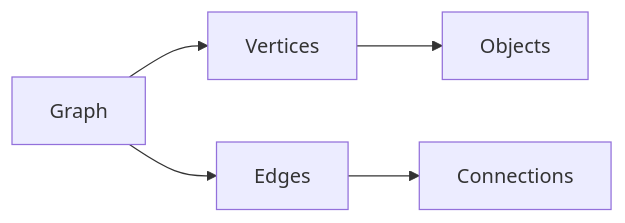
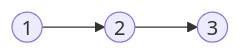
Before and after one commit to mthaiseer/springcloud-systemdesign-notes: the fourth of 9 diagrams in CP_DSA_NOTES/001_TOPIC_WISE/007_GRAPH/007_GRAPH.md, drawn with Mermaid. The commit also changed other lines of this file and 1 other file, not shown here.

````diff
--- a/CP_DSA_NOTES/001_TOPIC_WISE/007_GRAPH/007_GRAPH.md
+++ b/CP_DSA_NOTES/001_TOPIC_WISE/007_GRAPH/007_GRAPH.md
@@ -82,7 +196,5 @@
 ```mermaid
-flowchart LR
-    A[Graph] --> B[Vertices]
-    A --> C[Edges]
-    B --> D[Objects]
-    C --> E[Connections]
+graph LR
+    A((1)) --> B((2))
+    B --> C((3))
 ```
````
